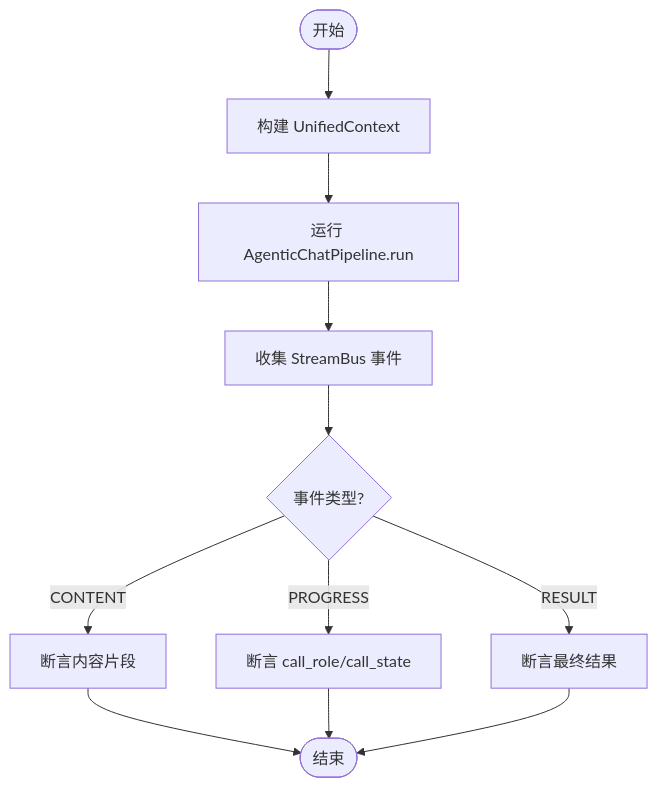
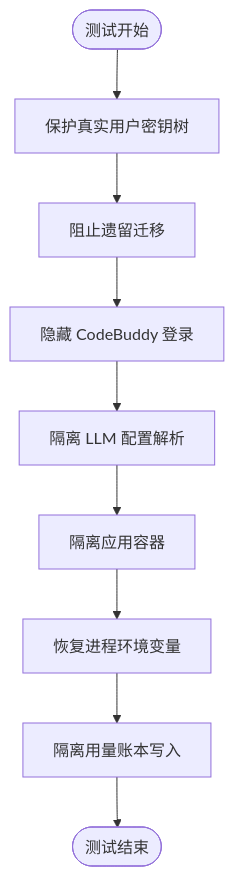
The third of 8 diagrams in .qoder/repowiki/zh/content/测试策略/单元测试.md (gongzili456/DeepTutor), drawn with Mermaid before and after one commit. The commit also changed other lines of this file and 1242 other files, not shown here.

````diff
--- a/.qoder/repowiki/zh/content/测试策略/单元测试.md
+++ b/.qoder/repowiki/zh/content/测试策略/单元测试.md
@@ -117,13 +119,11 @@
 ```mermaid
 flowchart TD
-Start(["开始"]) --> BuildCtx["构建 UnifiedContext"]
-BuildCtx --> RunPipe["运行 AgenticChatPipeline.run"]
-RunPipe --> Collect["收集 StreamBus 事件"]
-Collect --> Filter{"事件类型?"}
-Filter --> |CONTENT| CheckContent["断言内容片段"]
-Filter --> |PROGRESS| CheckProgress["断言 call_role/call_state"]
-Filter --> |RESULT| CheckResult["断言最终结果"]
-CheckContent --> End(["结束"])
-CheckProgress --> End
-CheckResult --> End
+Start(["测试开始"]) --> GuardSecrets["保护真实用户密钥树"]
+GuardSecrets --> GuardMigration["阻止遗留迁移"]
+GuardMigration --> IsolateCodebuddy["隐藏 CodeBuddy 登录"]
+IsolateCodebuddy --> IsolateLLM["隔离 LLM 配置解析"]
+IsolateLLM --> IsolateContainer["隔离应用容器"]
+IsolateContainer --> RestoreEnv["恢复进程环境变量"]
+RestoreEnv --> IsolateUsage["隔离用量账本写入"]
+IsolateUsage --> End(["测试结束"])
 ```
````
